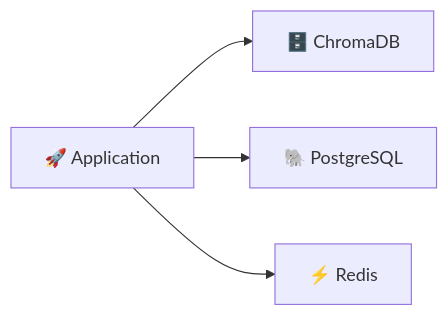
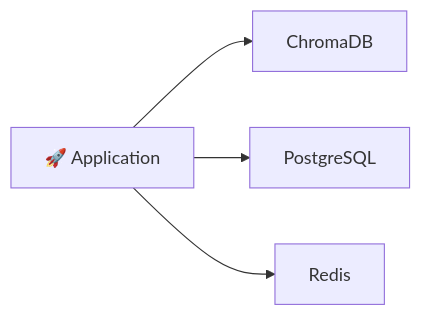
One commit to sufiandevs/Document-Analyzer changed the fifth of 7 diagrams in README.md. Above: the diagram before and after it, drawn with Mermaid. The commit also changed other lines of this file, not shown here.

````diff
--- a/README.md
+++ b/README.md
@@ -398,12 +398,12 @@
 ```mermaid
 flowchart LR
     APP["🚀 Application"]
 
-    CH["🗄️ ChromaDB"]
-    PG["🐘 PostgreSQL"]
-    RD["⚡ Redis"]
+    CH[" ChromaDB"]
+    PG[" PostgreSQL"]
+    RD[" Redis"]
 
     APP --> CH
     APP --> PG
     APP --> RD
 ```
````
